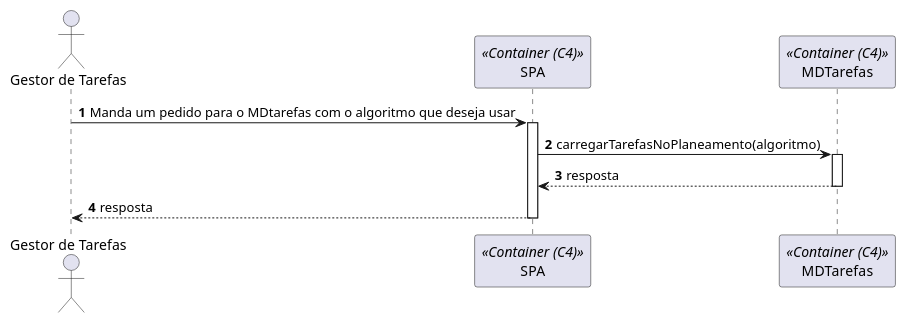
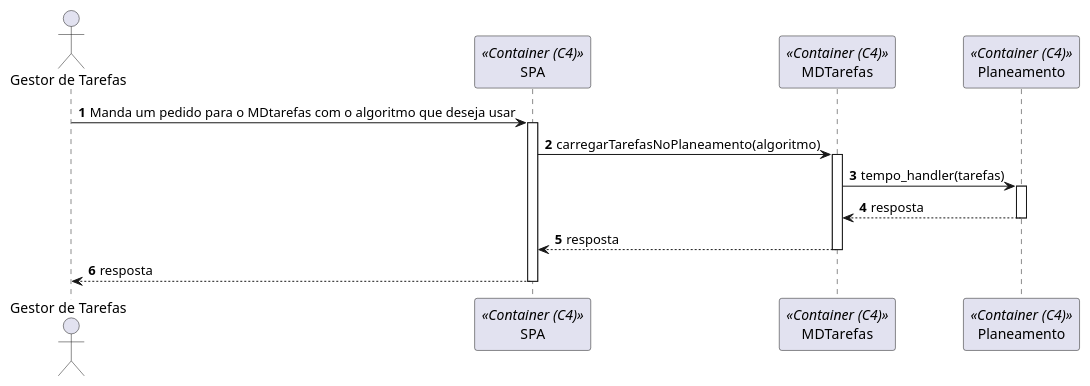
The diagram in docs/Sprint_C/US_500/US_500.2/N2/N2_VP.puml (SEM5PI2324G58/sem5pi_g58_23_24), drawn with PlantUML before and after one commit. The commit also changed 8 other files, not shown here.

```diff
--- a/docs/Sprint_C/US_500/US_500.2/N2/N2_VP.puml
+++ b/docs/Sprint_C/US_500/US_500.2/N2/N2_VP.puml
@@ -1,12 +1,16 @@
 autonumber
 
 actor "Gestor de Tarefas" as actor
 participant SPA as fe <<Container (C4)>>
 participant MDTarefas as mdT <<Container (C4)>>
+participant Planeamento  as planeamento <<Container (C4)>>
 
 actor -> fe: Manda um pedido para o MDtarefas com o algoritmo que deseja usar
 activate fe
 fe	-> mdT: carregarTarefasNoPlaneamento(algoritmo)
 activate mdT
+mdT -> planeamento: tempo_handler(tarefas)
+activate planeamento
 return resposta
 return resposta
+return resposta
```
